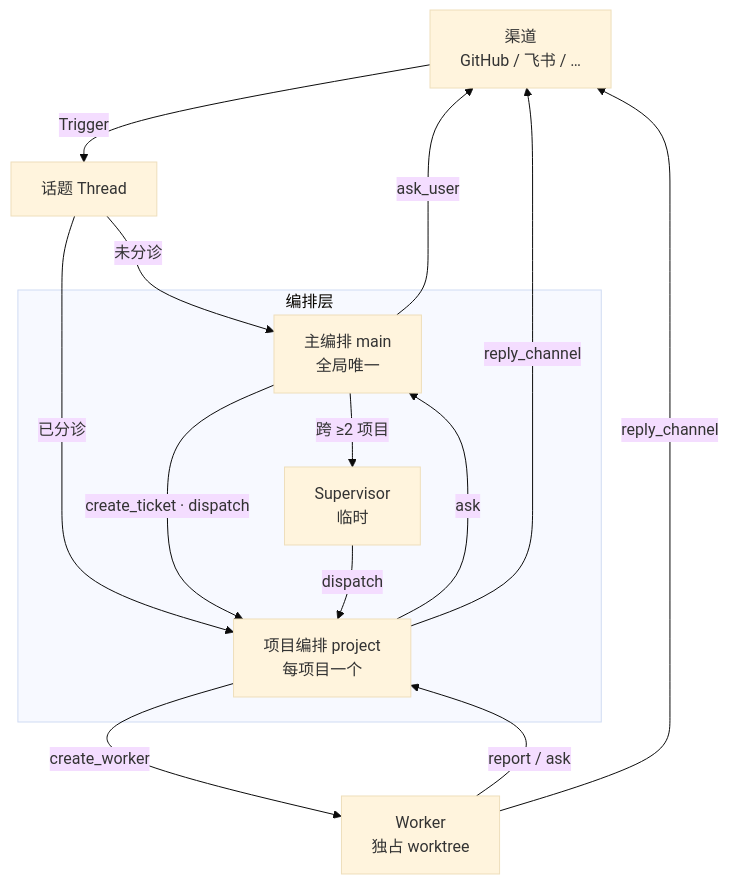
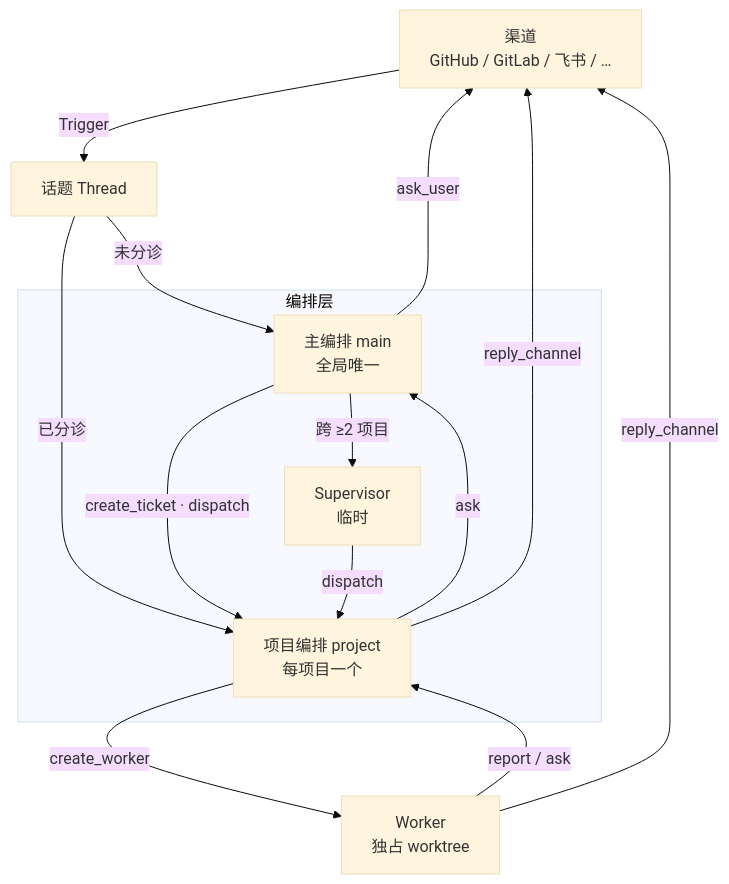
Before and after one commit to hairyf/dsh-nexus: the first of 21 diagrams in docs/flow.md, drawn with Mermaid (base theme). The commit also changed other lines of this file and 14 other files, not shown here.

Commit message:
feat(schema, docs): 新增全局配置、投递追踪等核心功能及文档更新

````diff
--- a/docs/flow.md
+++ b/docs/flow.md
@@ -21,25 +21,25 @@
 ```mermaid
 flowchart TB
-    CH["渠道<br/>GitHub / 飞书 / …"]
+    CH["渠道<br/>GitHub / GitLab / 飞书 / …"]
 
     subgraph 编排层
         MAIN["主编排 main<br/>全局唯一"]
         PROJ["项目编排 project<br/>每项目一个"]
         SUP["Supervisor<br/>临时"]
     end
 
     W["Worker<br/>独占 worktree"]
 
     CH -->|"Trigger"| TH["话题 Thread"]
     TH -->|"未分诊"| MAIN
     TH -->|"已分诊"| PROJ
     MAIN -->|"create_ticket · dispatch"| PROJ
     MAIN -->|"跨 ≥2 项目"| SUP
     SUP -->|"dispatch"| PROJ
     PROJ -->|"create_worker"| W
     W -->|"report / ask"| PROJ
     PROJ -->|"ask"| MAIN
     MAIN -->|"ask_user"| CH
     PROJ -->|"reply_channel"| CH
     W -->|"reply_channel"| CH
 ```
````
